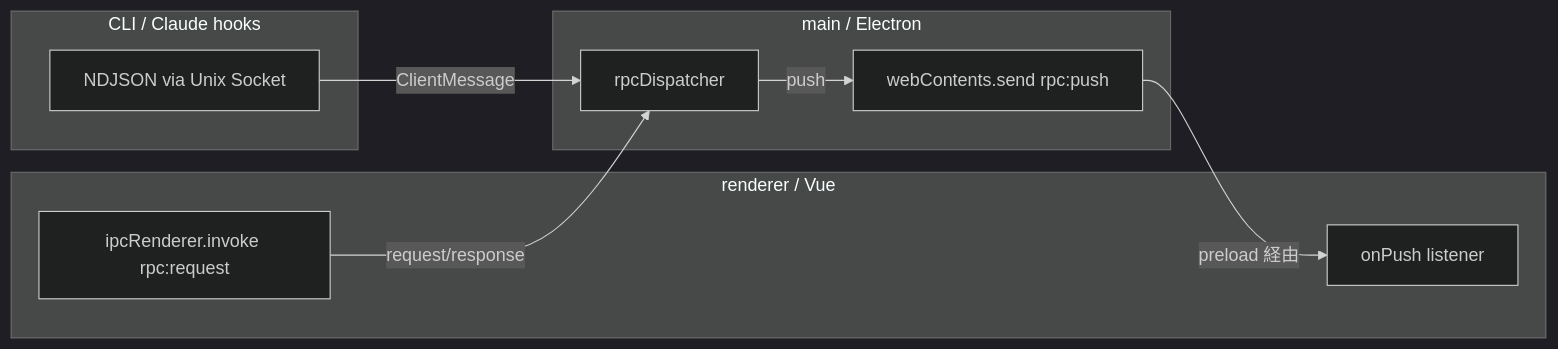
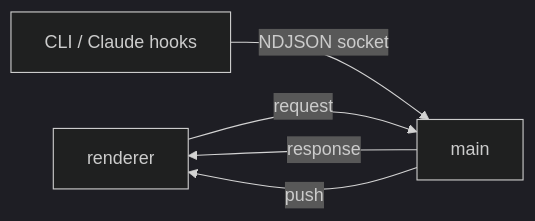
The diagram in docs/rpc.md (miyaoka/gozd), drawn with Mermaid (dark theme) before and after one commit. The commit also changed other lines of this file and 19 other files, not shown here.

````diff
--- a/docs/rpc.md
+++ b/docs/rpc.md
@@ -47,20 +21,7 @@
 ```mermaid
 flowchart LR
-    subgraph renderer [renderer / Vue]
-        REQ[ipcRenderer.invoke rpc:request]
-        RECV[onPush listener]
-    end
-
-    subgraph main [main / Electron]
-        DISP[rpcDispatcher]
-        PUSH[webContents.send rpc:push]
-    end
-
-    subgraph cli [CLI / Claude hooks]
-        SOCK[NDJSON via Unix Socket]
-    end
-
-    REQ -->|request/response| DISP
-    DISP -->|push| PUSH -->|preload 経由| RECV
-    SOCK -->|ClientMessage| DISP
+    R[renderer] -->|request| M[main]
+    M -->|response| R
+    M -->|push| R
+    C[CLI / Claude hooks] -->|NDJSON socket| M
 ```
````
